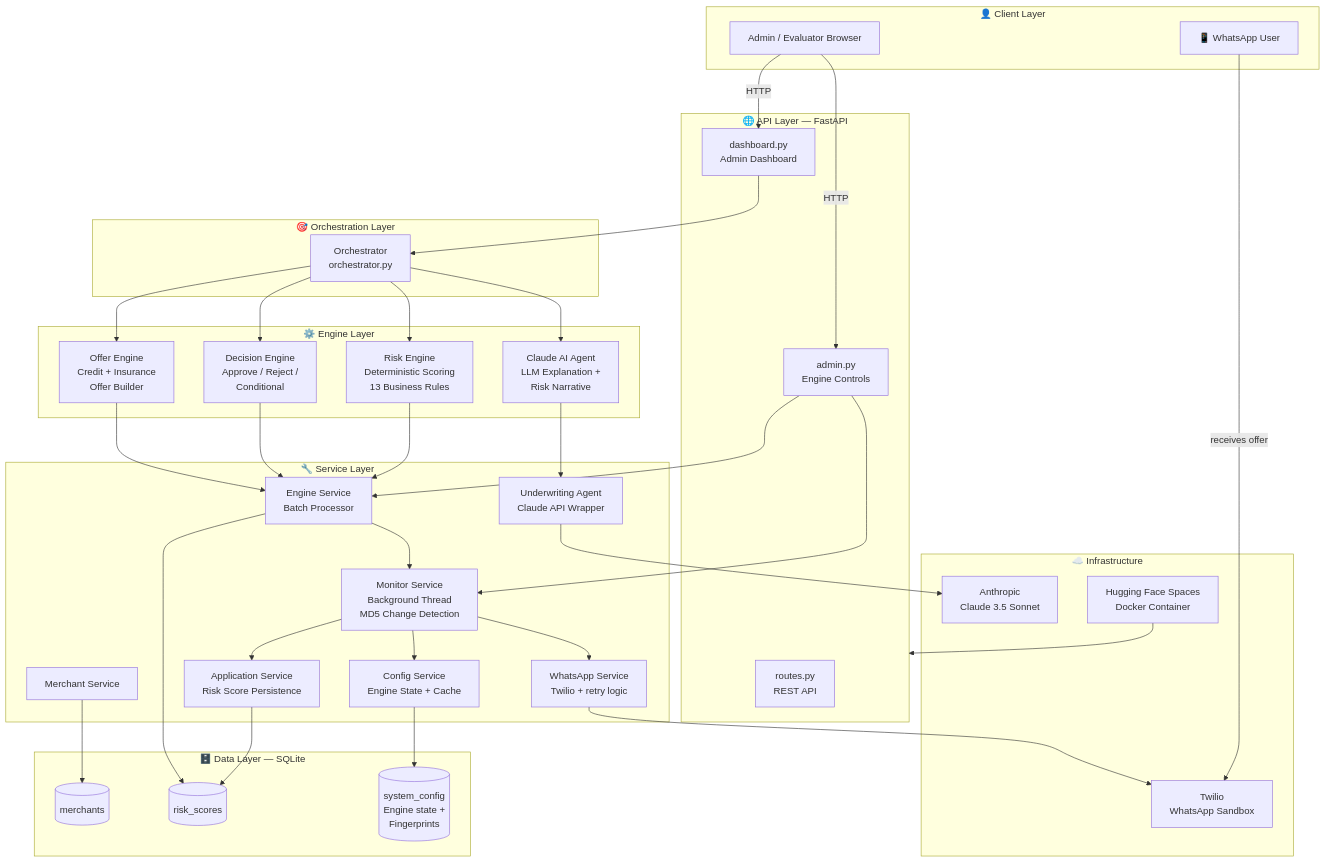
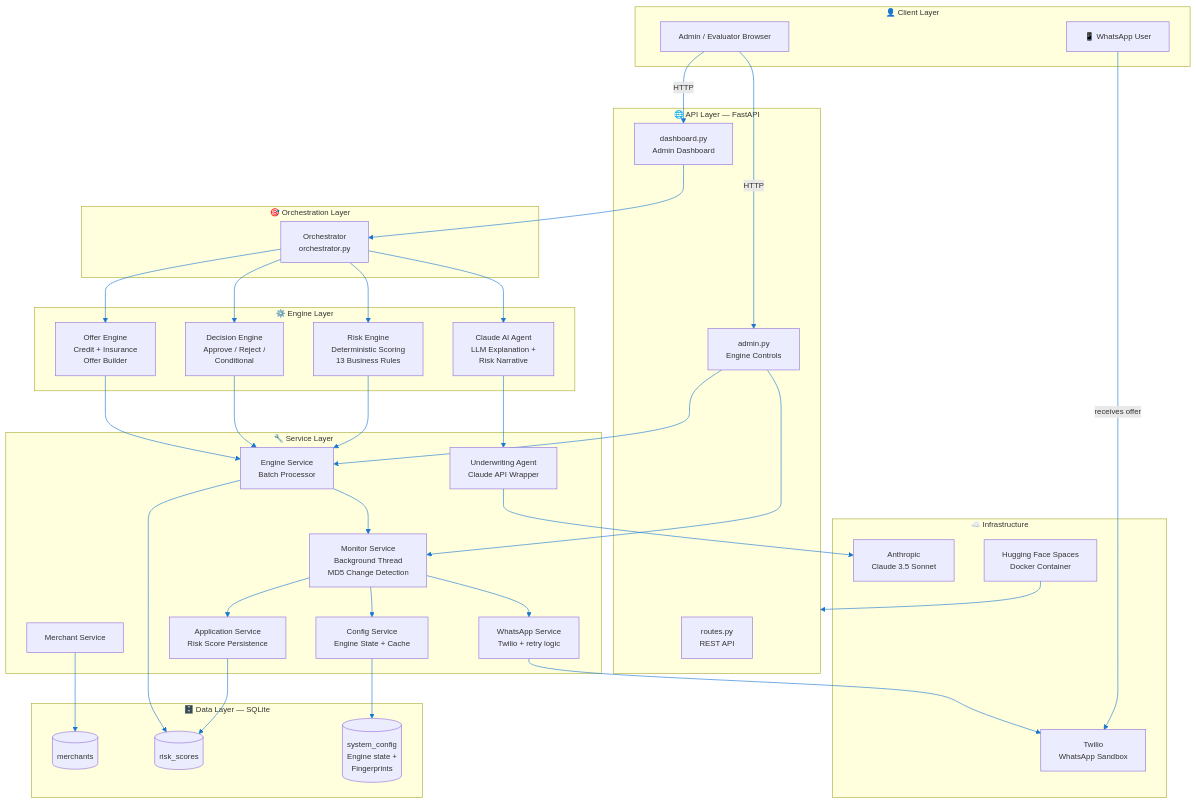
Before and after one commit to AI-Solutions-KK/Grabon-ai-merchant-underwriting-agent: the first of 3 diagrams in README.md, drawn with Mermaid. The commit also changed other lines of this file and 10 other files, not shown here.

````diff
--- a/README.md
+++ b/README.md
@@ -24,79 +24,80 @@
 ```mermaid
+%%{init: {'theme': 'default', 'themeVariables': {'primaryColor': '#E3F2FD', 'primaryTextColor': '#000000', 'primaryBorderColor': '#1976D2', 'lineColor': '#1976D2', 'secondBkgColor': '#FFF9C4', 'secondBorderColor': '#F57F17', 'tertiaryColor': '#E8F5E9', 'tertiaryTextColor': '#000000', 'tertiaryBorderColor': '#388E3C', 'fontSize': '13px', 'fontFamily': 'arial'}, 'securityLevel': 'loose'}}%%
 flowchart TD
     subgraph CLIENT["👤 Client Layer"]
         A[Admin / Evaluator Browser]
         WA[📱 WhatsApp User]
     end
 
     subgraph API["🌐 API Layer — FastAPI"]
         R[routes.py\nREST API]
         D[dashboard.py\nAdmin Dashboard]
         ADM[admin.py\nEngine Controls]
     end
 
     subgraph ORCH["🎯 Orchestration Layer"]
         ORC[Orchestrator\norchestrator.py]
     end
 
     subgraph ENGINES["⚙️ Engine Layer"]
         RE[Risk Engine\nDeterministic Scoring\n13 Business Rules]
         DE[Decision Engine\nApprove / Reject /\nConditional]
         OE[Offer Engine\nCredit + Insurance\nOffer Builder]
         UA[Claude AI Agent\nLLM Explanation +\nRisk Narrative]
     end
 
     subgraph SERVICES["🔧 Service Layer"]
         MS[Merchant Service]
         ES[Engine Service\nBatch Processor]
         MON[Monitor Service\nBackground Thread\nMD5 Change Detection]
         WAS[WhatsApp Service\nTwilio + retry logic]
         CS[Config Service\nEngine State + Cache]
         APP[Application Service\nRisk Score Persistence]
         AGT[Underwriting Agent\nClaude API Wrapper]
     end
 
     subgraph DB["🗄️ Data Layer — SQLite"]
         M[(merchants)]
         RS[(risk_scores)]
         SC[(system_config\nEngine state +\nFingerprints)]
     end
 
     subgraph INFRA["☁️ Infrastructure"]
         TW[Twilio\nWhatsApp Sandbox]
         ANT[Anthropic\nClaude 3.5 Sonnet]
         HF[Hugging Face Spaces\nDocker Container]
     end
 
     A -->|HTTP| D
     A -->|HTTP| ADM
     WA -->|receives offer| TW
 
     D --> ORC
     ADM --> MON
     ADM --> ES
 
     ORC --> RE
     ORC --> DE
     ORC --> OE
     ORC --> UA
 
     RE --> ES
     DE --> ES
     OE --> ES
     UA --> AGT
 
     ES --> MON
     MON --> WAS
     MON --> CS
     MON --> APP
 
     WAS --> TW
     AGT --> ANT
 
     MS --> M
     APP --> RS
     CS --> SC
     ES --> RS
 
     HF --> API
 ```
````
